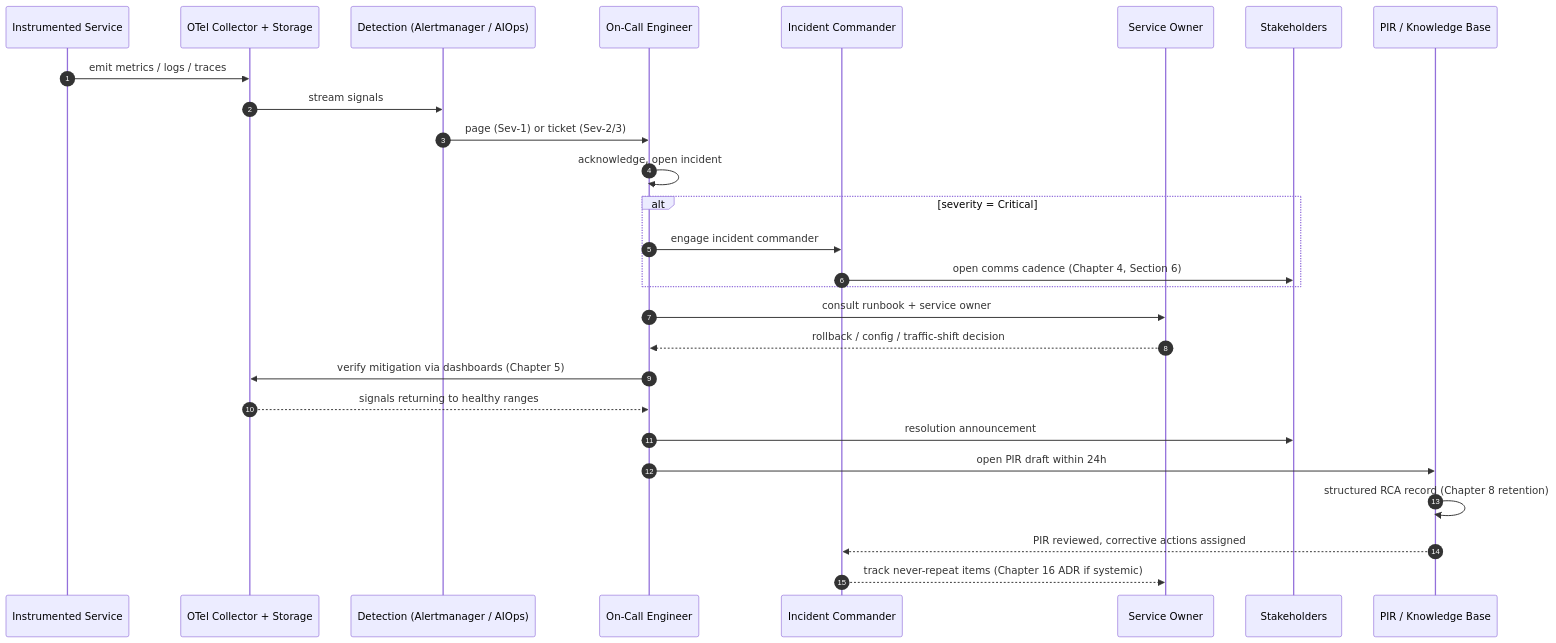
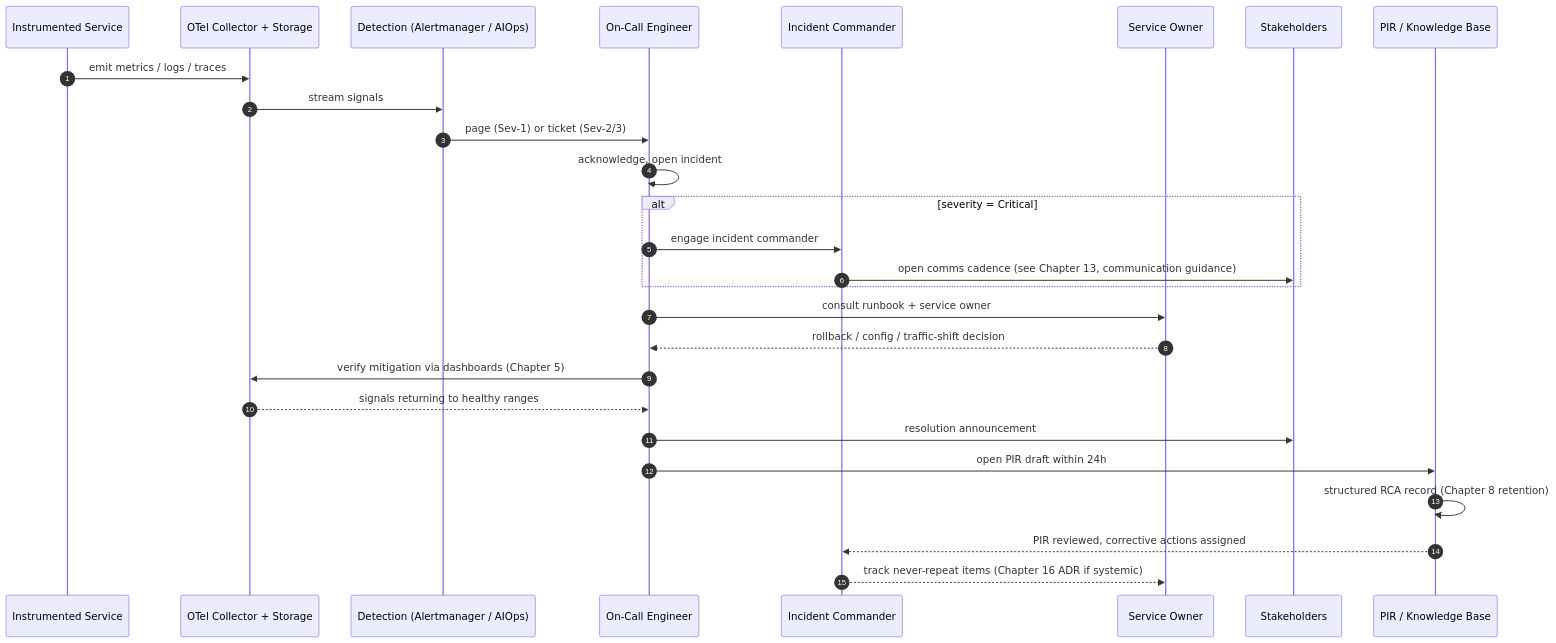
The second of 2 diagrams in Observability-Strategy/13-incident-response-playbook.md (anurag-thakur-xceedance/Observability), drawn with Mermaid before and after one commit. The commit also changed other lines of this file and 32 other files, not shown here.

````diff
--- a/Observability-Strategy/13-incident-response-playbook.md
+++ b/Observability-Strategy/13-incident-response-playbook.md
@@ -61,30 +69,30 @@
 ```mermaid
 sequenceDiagram
     autonumber
     participant Svc as Instrumented Service
     participant Pipe as OTel Collector + Storage
     participant Det as Detection (Alertmanager / AIOps)
     participant OnCall as On-Call Engineer
     participant IC as Incident Commander
     participant SO as Service Owner
     participant Comms as Stakeholders
     participant KB as PIR / Knowledge Base
 
     Svc->>Pipe: emit metrics / logs / traces
     Pipe->>Det: stream signals
     Det->>OnCall: page (Sev-1) or ticket (Sev-2/3)
     OnCall->>OnCall: acknowledge, open incident
     alt severity = Critical
         OnCall->>IC: engage incident commander
-        IC->>Comms: open comms cadence (Chapter 4, Section 6)
+        IC->>Comms: open comms cadence (see Chapter 13, communication guidance)
     end
     OnCall->>SO: consult runbook + service owner
     SO-->>OnCall: rollback / config / traffic-shift decision
     OnCall->>Pipe: verify mitigation via dashboards (Chapter 5)
     Pipe-->>OnCall: signals returning to healthy ranges
     OnCall->>Comms: resolution announcement
     OnCall->>KB: open PIR draft within 24h
     KB->>KB: structured RCA record (Chapter 8 retention)
     KB-->>IC: PIR reviewed, corrective actions assigned
     IC-->>SO: track never-repeat items (Chapter 16 ADR if systemic)
 ```
````
